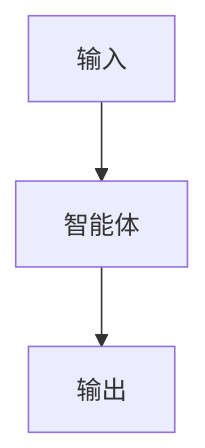
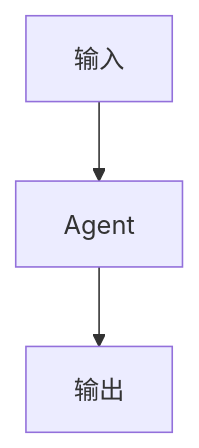
The diagram in content/wiki/implementation/pattern-page-template.md (riba2534/multi-agent-wiki-cn), drawn with Mermaid before and after one commit. The commit also changed other lines of this file and 41 other files, not shown here.

First line of the commit message:
docs: 全面质量改进 - 术语统一、Mermaid规范化、间距修复

````diff
--- a/content/wiki/implementation/pattern-page-template.md
+++ b/content/wiki/implementation/pattern-page-template.md
@@ -14,5 +14,5 @@
 ```mermaid
 flowchart TD
-  A[输入] --> B[智能体]
-  B --> C[输出]
+  A["输入"] --> B["Agent"]
+  B --> C["输出"]
 ```
````
